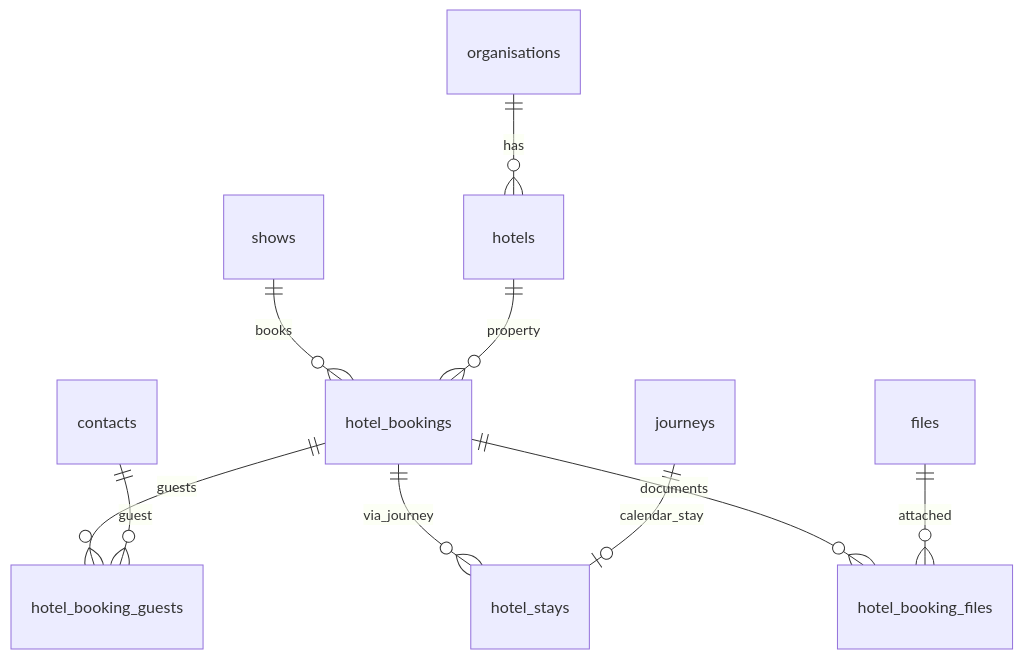
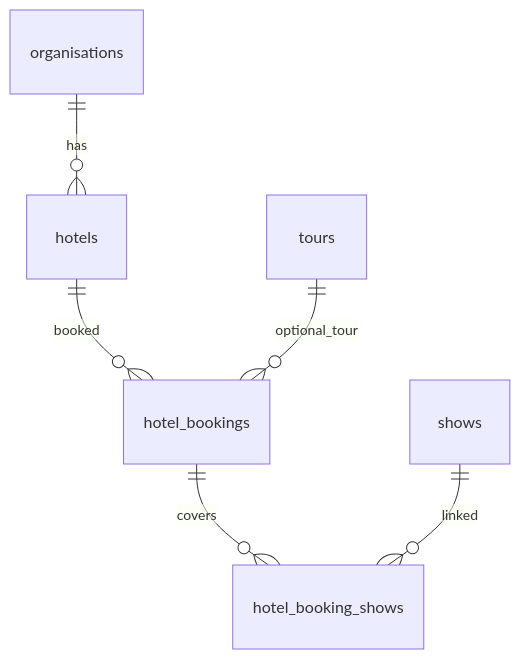
One commit to finners68/operateapp changed the fifth of 9 diagrams in docs/database/schema-erd.md. Above: the diagram before and after it, drawn with Mermaid. The commit also changed other lines of this file and 2 other files, not shown here.

First line of the commit message:
Revise database schema to revision 2 per design review.

````diff
--- a/docs/database/schema-erd.md
+++ b/docs/database/schema-erd.md
@@ -103,12 +104,8 @@
 ```mermaid
 erDiagram
-  organisations ||--o{ hotels : "has"
-  shows ||--o{ hotel_bookings : "books"
-  hotels ||--o{ hotel_bookings : "property"
-  hotel_bookings ||--o{ hotel_booking_guests : "guests"
-  contacts ||--o{ hotel_booking_guests : "guest"
-  hotel_bookings ||--o{ hotel_stays : "via_journey"
-  journeys ||--o| hotel_stays : "calendar_stay"
-  hotel_bookings ||--o{ hotel_booking_files : "documents"
-  files ||--o{ hotel_booking_files : "attached"
+  organisations ||--o{ hotels : has
+  hotels ||--o{ hotel_bookings : booked
+  tours ||--o{ hotel_bookings : optional_tour
+  hotel_bookings ||--o{ hotel_booking_shows : covers
+  shows ||--o{ hotel_booking_shows : linked
 ```
````
